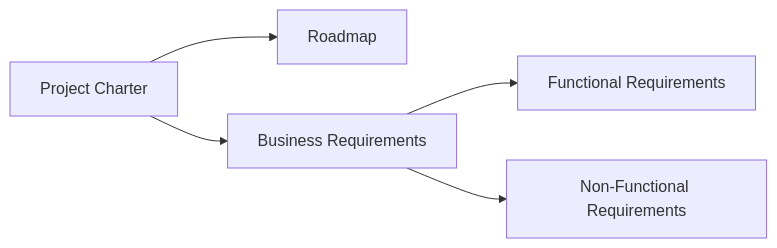
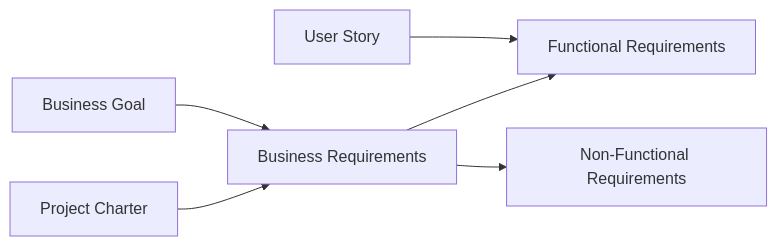
The third of 15 diagrams in specs/artifact-relationships.md (mahitotsu/ukiyoue), drawn with Mermaid before and after one commit. The commit also changed other lines of this file and 39 other files, not shown here.

````diff
--- a/specs/artifact-relationships.md
+++ b/specs/artifact-relationships.md
@@ -281,7 +308,8 @@
 ```mermaid
 graph LR
-    Charter[Project Charter] --> Roadmap[Roadmap]
-    Charter --> BizReq[Business Requirements]
+    Charter[Project Charter] --> BizReq[Business Requirements]
+    BizGoal[Business Goal] --> BizReq
     BizReq --> FuncReq[Functional Requirements]
+    UserStory[User Story] --> FuncReq
     BizReq --> NonFuncReq[Non-Functional Requirements]
 ```
````
